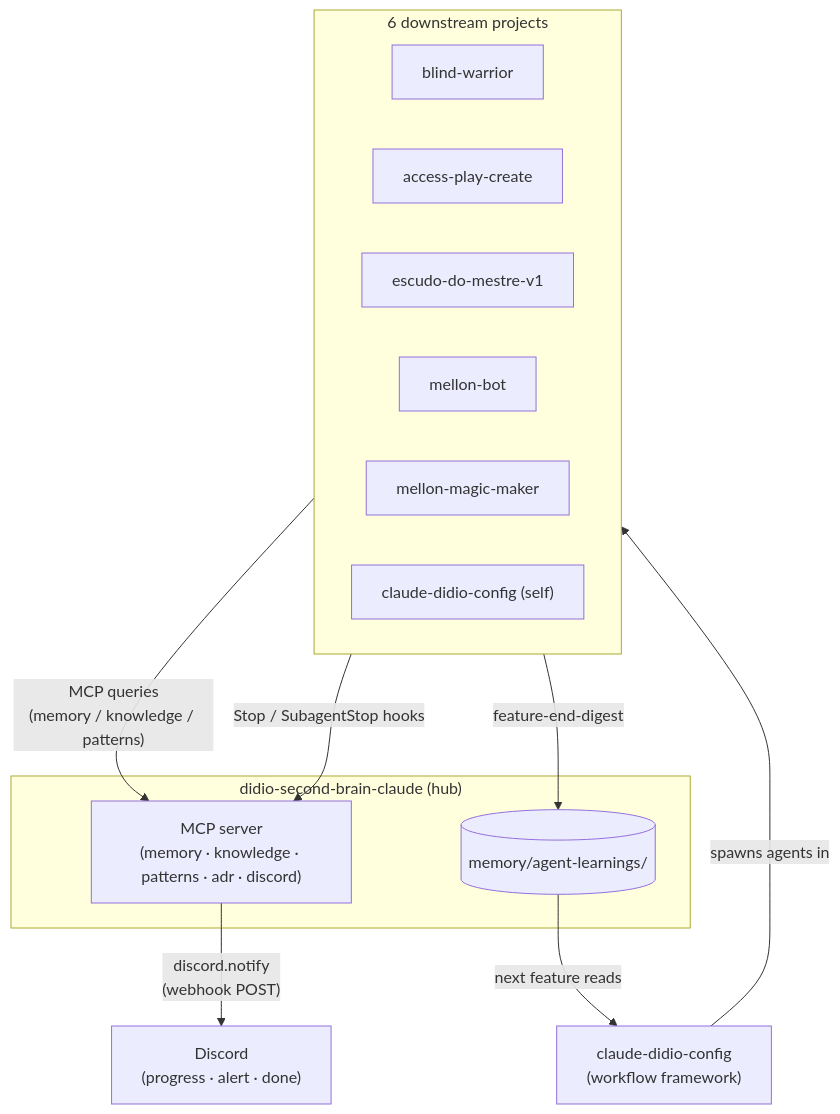
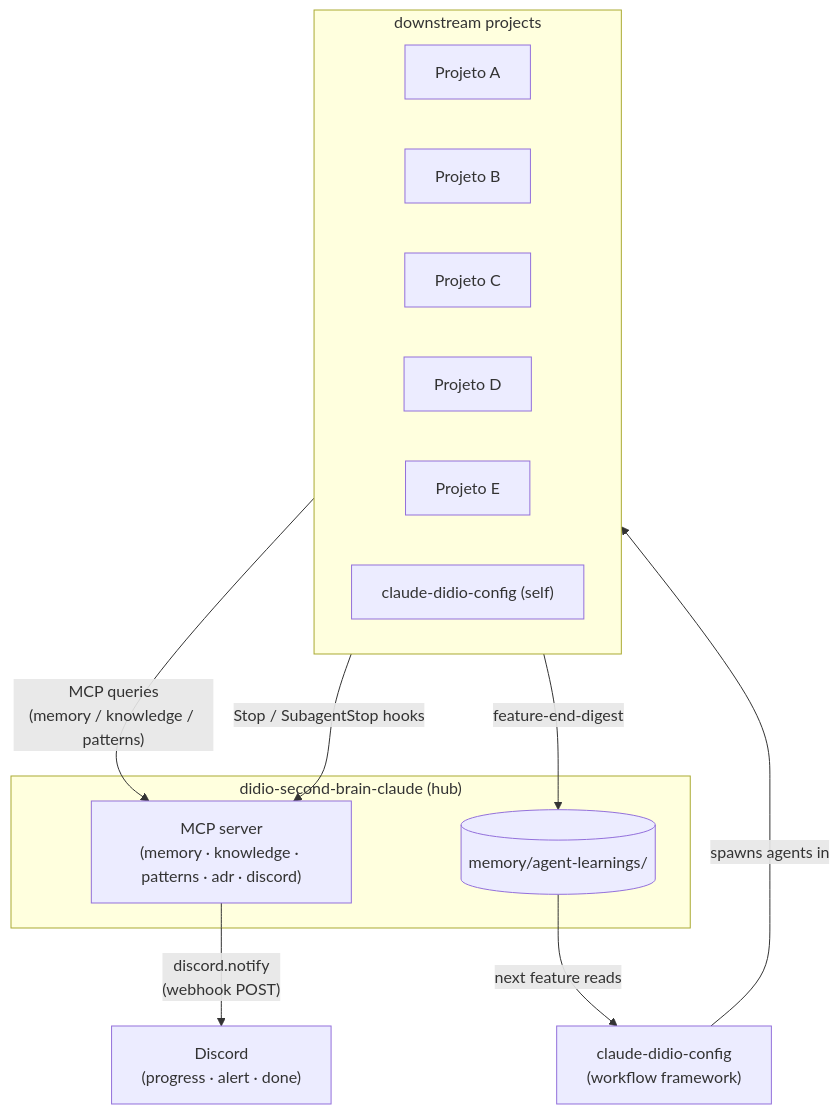
The diagram in docs/diagrams/F18-orchestration-overview.mmd (eduardodidio/didio-second-brain-clean-starter), drawn with Mermaid before and after one commit. The commit also changed 14 other files, not shown here.

```diff
--- a/docs/diagrams/F18-orchestration-overview.mmd
+++ b/docs/diagrams/F18-orchestration-overview.mmd
@@ -1,25 +1,25 @@
 flowchart TD
   subgraph hub["didio-second-brain-claude (hub)"]
     MCP["MCP server\n(memory · knowledge · patterns · adr · discord)"]
     LEARN[("memory/agent-learnings/")]
   end
 
   FW["claude-didio-config\n(workflow framework)"]
 
-  subgraph downstream["6 downstream projects"]
-    P1["blind-warrior"]
-    P2["access-play-create"]
-    P3["escudo-do-mestre-v1"]
-    P4["mellon-bot"]
-    P5["mellon-magic-maker"]
+  subgraph downstream["downstream projects"]
+    P1["Projeto A"]
+    P2["Projeto B"]
+    P3["Projeto C"]
+    P4["Projeto D"]
+    P5["Projeto E"]
     P6["claude-didio-config (self)"]
   end
 
   DIS["Discord\n(progress · alert · done)"]
 
   FW -- "spawns agents in" --> downstream
   downstream -- "MCP queries\n(memory / knowledge / patterns)" --> MCP
   downstream -- "Stop / SubagentStop hooks" --> MCP
   MCP -- "discord.notify\n(webhook POST)" --> DIS
   downstream -- "feature-end-digest" --> LEARN
   LEARN -- "next feature reads" --> FW
```
